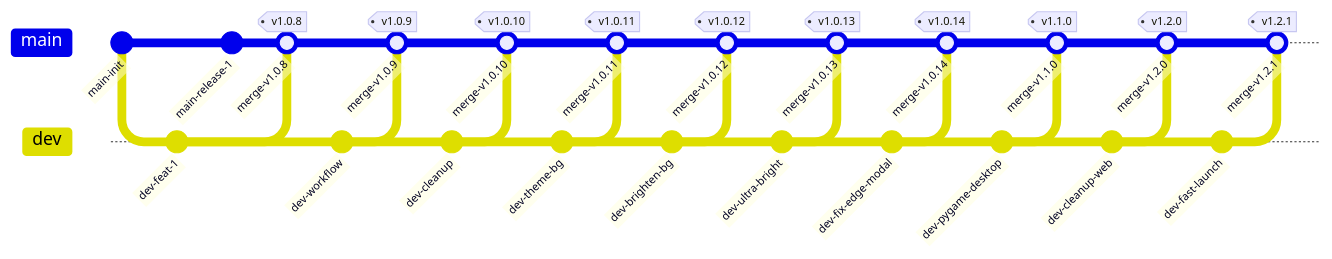
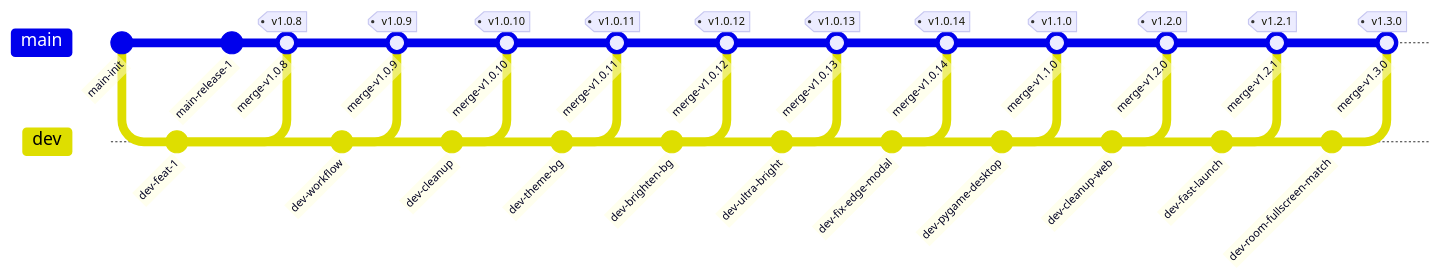
Before and after one commit to 6jbw6/Gomoku: the first of 2 diagrams in OPERATIONS.md, drawn with Mermaid. The commit also changed other lines of this file and 8 other files, not shown here.

````diff
--- a/OPERATIONS.md
+++ b/OPERATIONS.md
@@ -400,46 +433,50 @@
 ```mermaid
 gitGraph
     commit id: "main-init"
     branch dev
     checkout dev
     commit id: "dev-feat-1"
     checkout main
     commit id: "main-release-1"
     merge dev id: "merge-v1.0.8" tag: "v1.0.8"
     checkout dev
     commit id: "dev-workflow"
     checkout main
     merge dev id: "merge-v1.0.9" tag: "v1.0.9"
     checkout dev
     commit id: "dev-cleanup"
     checkout main
     merge dev id: "merge-v1.0.10" tag: "v1.0.10"
     checkout dev
     commit id: "dev-theme-bg"
     checkout main
     merge dev id: "merge-v1.0.11" tag: "v1.0.11"
     checkout dev
     commit id: "dev-brighten-bg"
     checkout main
     merge dev id: "merge-v1.0.12" tag: "v1.0.12"
     checkout dev
     commit id: "dev-ultra-bright"
     checkout main
     merge dev id: "merge-v1.0.13" tag: "v1.0.13"
     checkout dev
     commit id: "dev-fix-edge-modal"
     checkout main
     merge dev id: "merge-v1.0.14" tag: "v1.0.14"
     checkout dev
     commit id: "dev-pygame-desktop"
     checkout main
     merge dev id: "merge-v1.1.0" tag: "v1.1.0"
     checkout dev
     commit id: "dev-cleanup-web"
     checkout main
     merge dev id: "merge-v1.2.0" tag: "v1.2.0"
     checkout dev
     commit id: "dev-fast-launch"
     checkout main
     merge dev id: "merge-v1.2.1" tag: "v1.2.1"
+    checkout dev
+    commit id: "dev-room-fullscreen-match"
+    checkout main
+    merge dev id: "merge-v1.3.0" tag: "v1.3.0"
 ```
````
